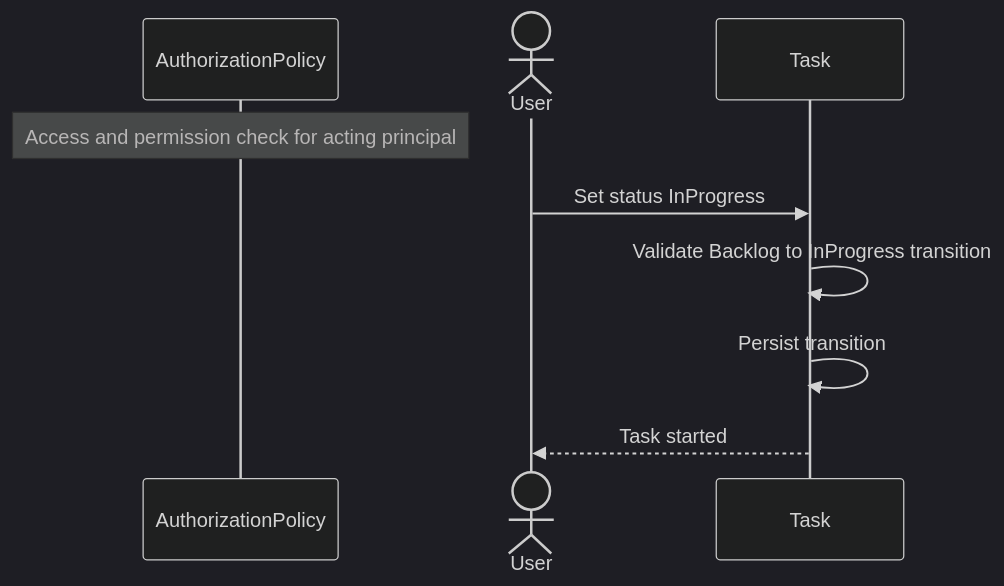
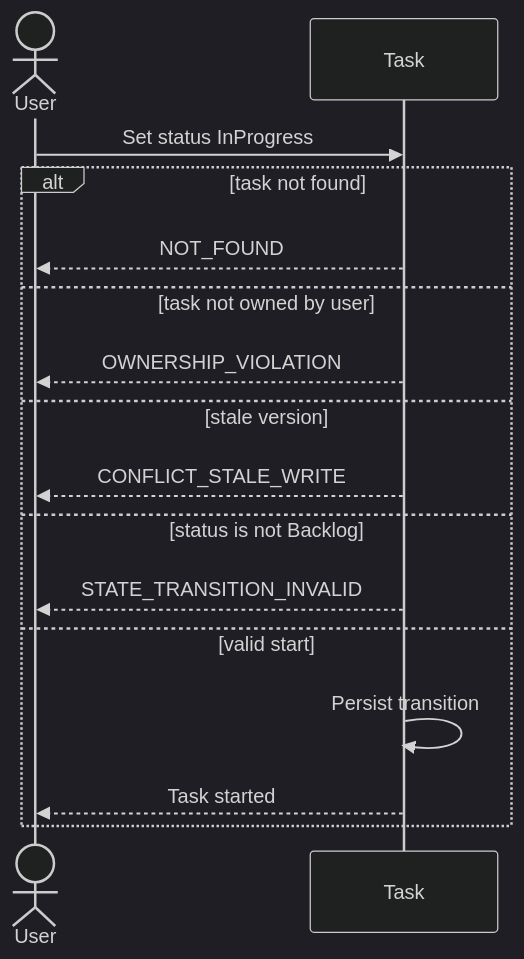
The fourth of 15 diagrams in architecture/sequence-diagrams/03-tasks-recurrence.md (ChidiRnweke/margin), drawn with Mermaid (dark theme) before and after one commit. The commit also changed other lines of this file and 12 other files, not shown here.

Commit message:
Enhance sequence diagrams and introduce traceability matrix

````diff
--- a/architecture/sequence-diagrams/03-tasks-recurrence.md
+++ b/architecture/sequence-diagrams/03-tasks-recurrence.md
@@ -61,11 +92,18 @@
 ```mermaid
 sequenceDiagram
-    participant G as AuthorizationPolicy
-    Note over G: Access and permission check for acting principal
     actor U as User
     participant T as Task
     U->>T: Set status InProgress
-    T->>T: Validate Backlog to InProgress transition
-    T->>T: Persist transition
-    T-->>U: Task started
+    alt task not found
+        T-->>U: NOT_FOUND
+    else task not owned by user
+        T-->>U: OWNERSHIP_VIOLATION
+    else stale version
+        T-->>U: CONFLICT_STALE_WRITE
+    else status is not Backlog
+        T-->>U: STATE_TRANSITION_INVALID
+    else valid start
+        T->>T: Persist transition
+        T-->>U: Task started
+    end
 ```
````
